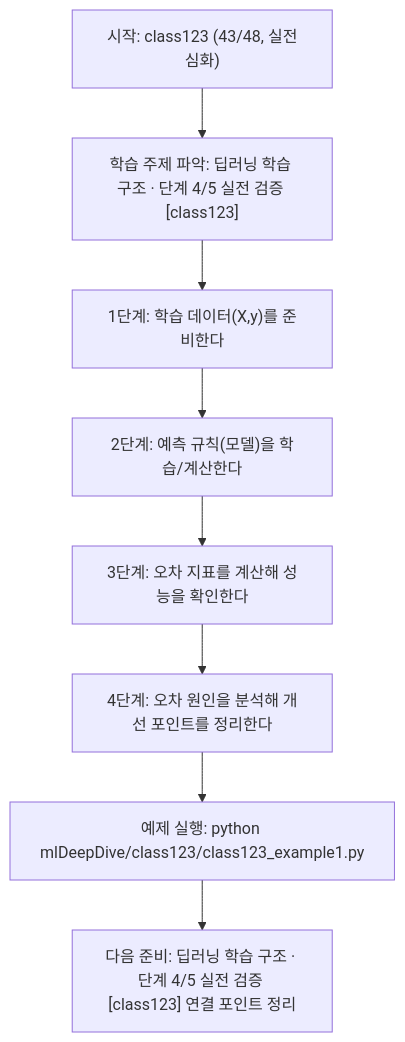
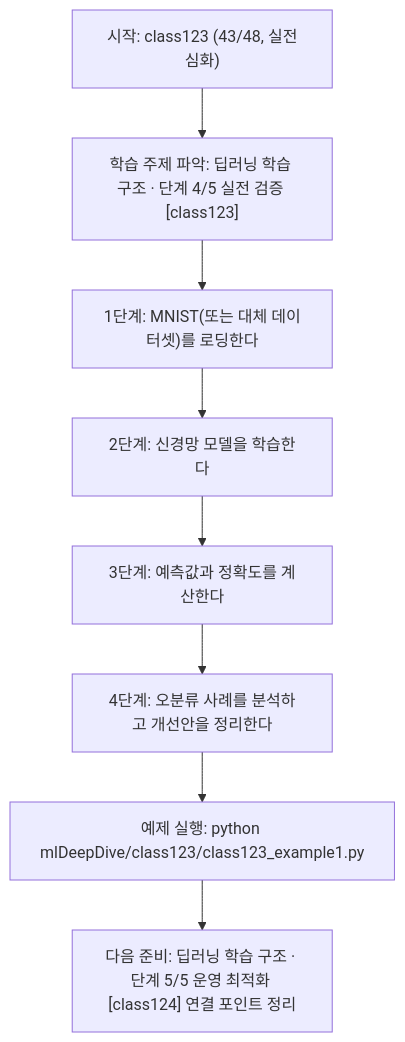
Before and after one commit to edumgt/Python-AI_Agent-Class: the diagram in mlDeepDive/class123/class123.md, drawn with Mermaid. The commit also changed other lines of this file and 338 other files, not shown here.

````diff
--- a/mlDeepDive/class123/class123.md
+++ b/mlDeepDive/class123/class123.md
@@ -110,18 +91,18 @@
 ```mermaid
 flowchart TD
 N1["시작: class123 (43/48, 실전심화)"]
 N2["학습 주제 파악: 딥러닝 학습 구조 · 단계 4/5 실전 검증 [class123]"]
-N3["1단계: 학습 데이터(X,y)를 준비한다"]
-N4["2단계: 예측 규칙(모델)을 학습/계산한다"]
-N5["3단계: 오차 지표를 계산해 성능을 확인한다"]
-N6["4단계: 오차 원인을 분석해 개선 포인트를 정리한다"]
+N3["1단계: MNIST(또는 대체 데이터셋)를 로딩한다"]
+N4["2단계: 신경망 모델을 학습한다"]
+N5["3단계: 예측값과 정확도를 계산한다"]
+N6["4단계: 오분류 사례를 분석하고 개선안을 정리한다"]
 N7["예제 실행: python mlDeepDive/class123/class123_example1.py"]
-N8["다음 준비: 딥러닝 학습 구조 · 단계 4/5 실전 검증 [class123] 연결 포인트 정리"]
+N8["다음 준비: 딥러닝 학습 구조 · 단계 5/5 운영 최적화 [class124] 연결 포인트 정리"]
 N1 --> N2
 N2 --> N3
 N3 --> N4
 N4 --> N5
 N5 --> N6
 N6 --> N7
 N7 --> N8
 ```
````
